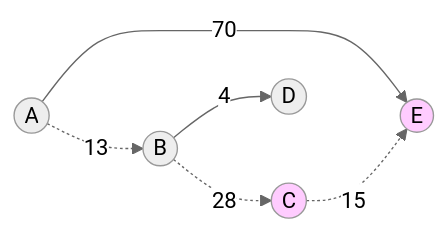
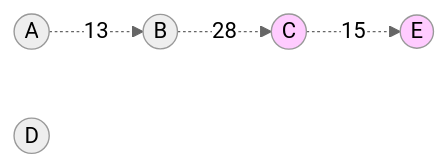
The fourth of 4 diagrams in DataStructures/Graph/2022-02-13-SPFA最短路.md (dmjcb/SelfBlog), drawn with Mermaid (neutral theme) before and after one commit. The commit also changed other lines of this file and 224 other files, not shown here.

````diff
--- a/DataStructures/Graph/2022-02-13-SPFA最短路.md
+++ b/DataStructures/Graph/2022-02-13-SPFA最短路.md
@@ -115,18 +105,16 @@
 ```mermaid
 graph LR
     A((A))
     B((B))
     C((C))
     D((D))
     E((E))
 
     A -.13-.-> B
-    A --70--> E
     B -.28-.-> C
-    B --4--> D
     C -.15-.-> E
 
     C:::Style
     E:::Style
     classDef Style fill:#FFCCFF
 ```
````
